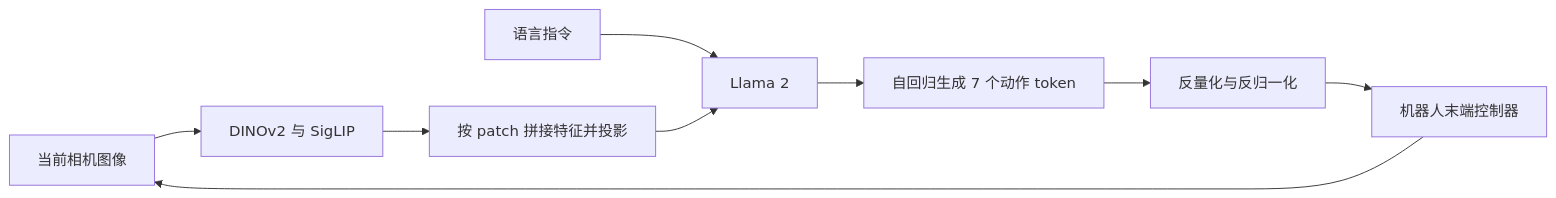
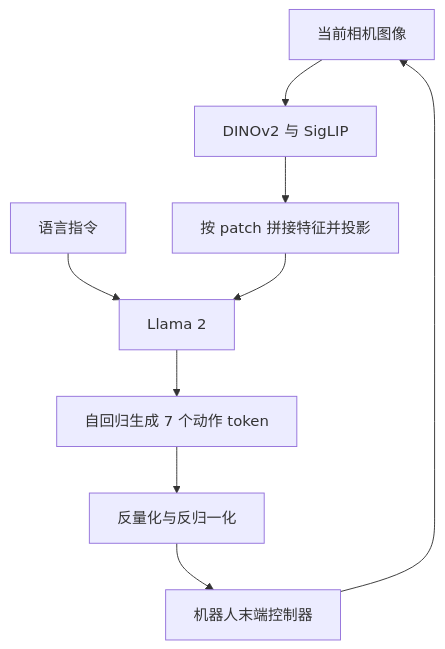
Before and after one commit to WeiJK99/embodied-ai-learning: the first of 2 diagrams in src/content/posts/paper-openvla/OpenVLA_论文精读.md, drawn with Mermaid. The commit also changed 9 other files, not shown here.

Commit message:
fix: render Mermaid diagrams in blog posts

````diff
--- a/src/content/posts/paper-openvla/OpenVLA_论文精读.md
+++ b/src/content/posts/paper-openvla/OpenVLA_论文精读.md
@@ -174,11 +174,11 @@
 ```mermaid
-flowchart LR
+flowchart TD
     C[当前相机图像] --> V[DINOv2 与 SigLIP]
     V --> P[按 patch 拼接特征并投影]
     L[语言指令] --> M[Llama 2]
     P --> M
     M --> Z[自回归生成 7 个动作 token]
     Z --> A[反量化与反归一化]
     A --> R[机器人末端控制器]
     R --> C
 ```
````
